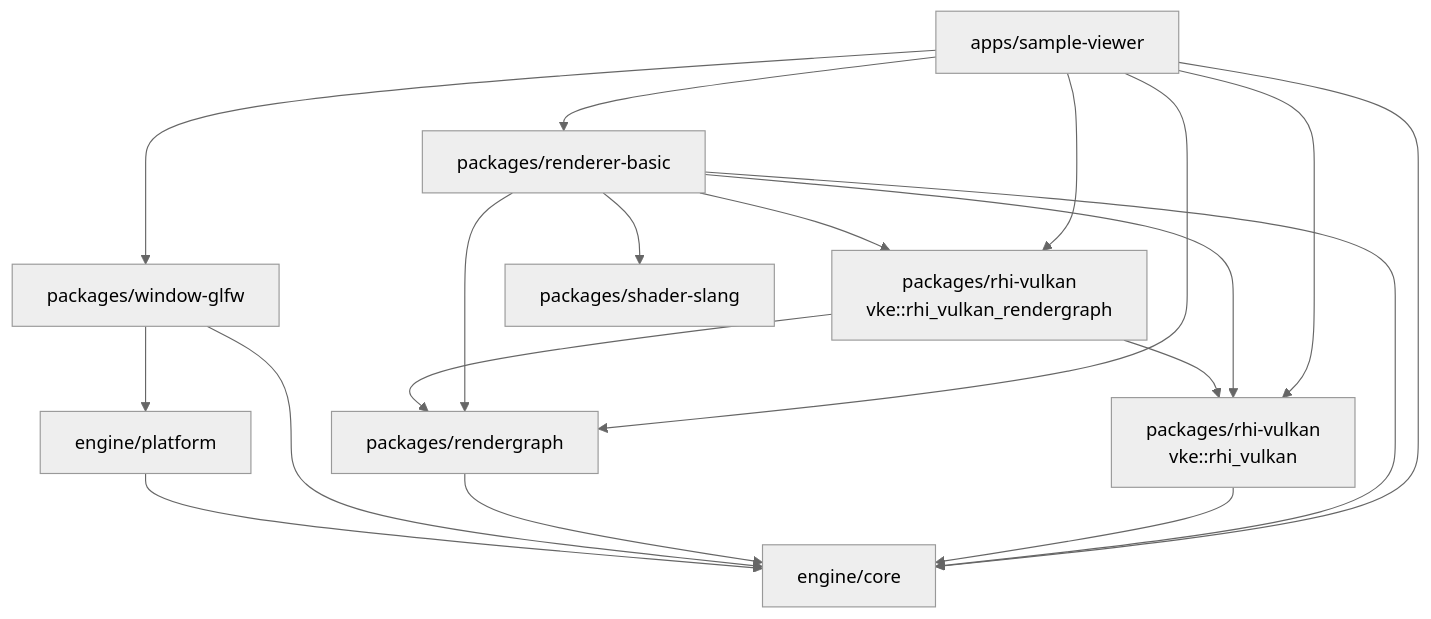
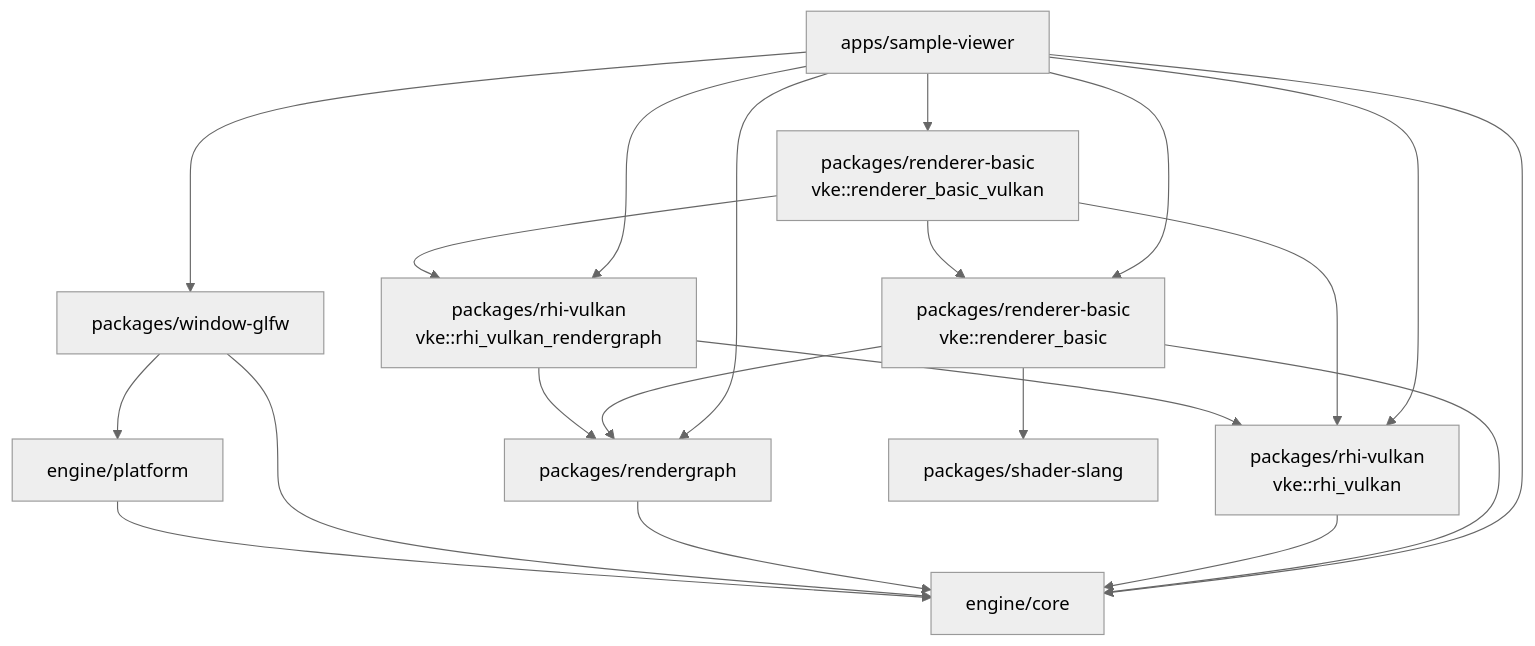
The first of 8 diagrams in docs/flow-architecture.md (66six11/Engine), drawn with Mermaid (neutral theme) before and after one commit. The commit also changed other lines of this file and 11 other files, not shown here.

````diff
--- a/docs/flow-architecture.md
+++ b/docs/flow-architecture.md
@@ -13,31 +13,34 @@
 ```mermaid
 flowchart TD
     App["apps/sample-viewer"]
     Core["engine/core"]
     Platform["engine/platform"]
     Window["packages/window-glfw"]
     RG["packages/rendergraph"]
     RhiVk["packages/rhi-vulkan<br/>vke::rhi_vulkan"]
     RhiVkRG["packages/rhi-vulkan<br/>vke::rhi_vulkan_rendergraph"]
-    Renderer["packages/renderer-basic"]
+    Renderer["packages/renderer-basic<br/>vke::renderer_basic"]
+    RendererVk["packages/renderer-basic<br/>vke::renderer_basic_vulkan"]
     Shader["packages/shader-slang"]
 
     Platform --> Core
     Window --> Core
     Window --> Platform
     RG --> Core
     RhiVk --> Core
     RhiVkRG --> RhiVk
     RhiVkRG --> RG
     Renderer --> Core
     Renderer --> RG
-    Renderer --> RhiVk
-    Renderer --> RhiVkRG
     Renderer --> Shader
+    RendererVk --> Renderer
+    RendererVk --> RhiVk
+    RendererVk --> RhiVkRG
     App --> Core
     App --> Window
     App --> RG
     App --> RhiVk
     App --> RhiVkRG
     App --> Renderer
+    App --> RendererVk
 ```
````
